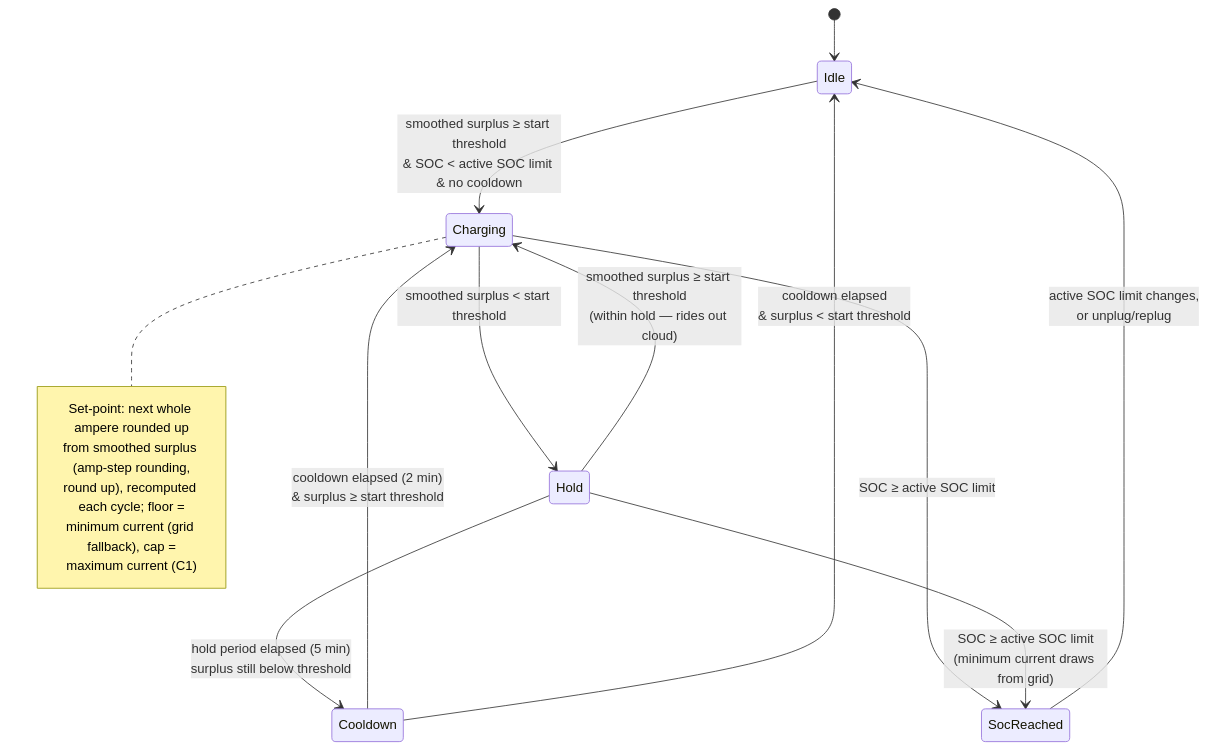
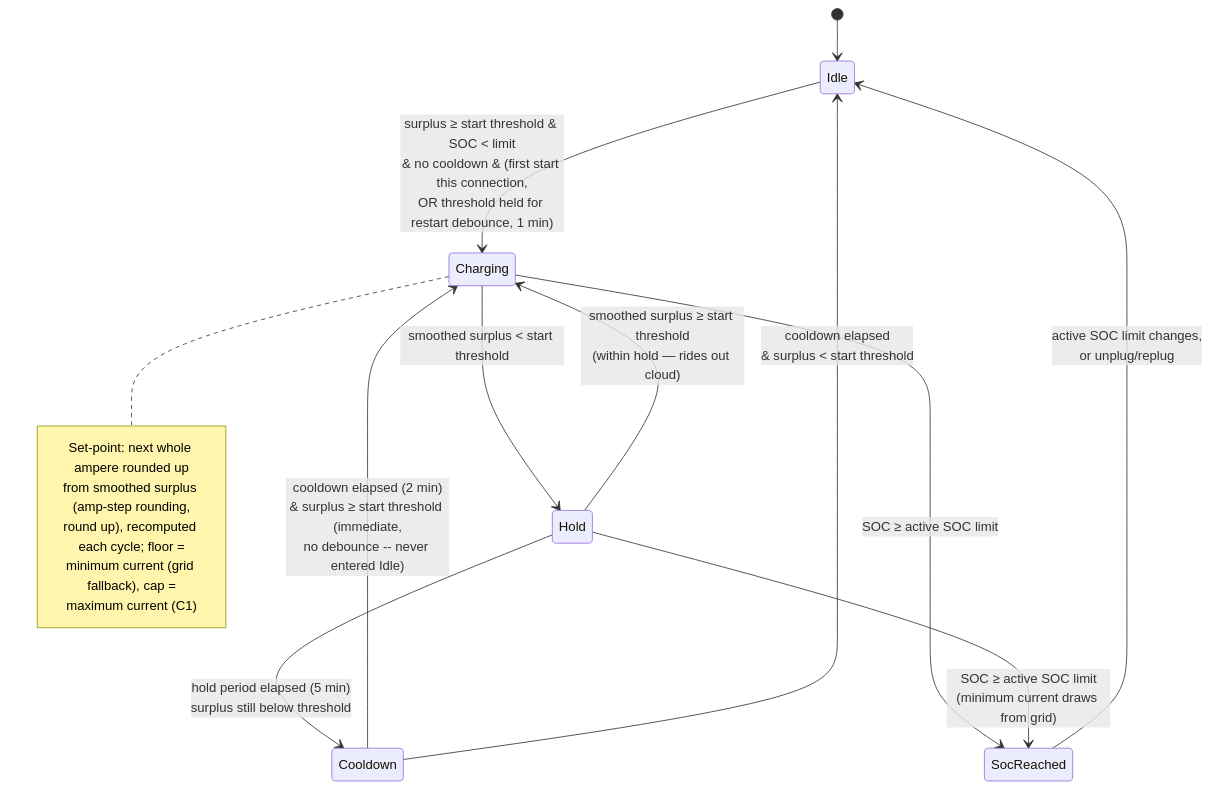
The diagram in docs/analysis/use-cases/UC01-charge-from-solar-surplus.md (kristofdegrave/homeassistant-smart-charging), drawn with Mermaid before and after one commit. The commit also changed other lines of this file and 8 other files, not shown here.

````diff
--- a/docs/analysis/use-cases/UC01-charge-from-solar-surplus.md
+++ b/docs/analysis/use-cases/UC01-charge-from-solar-surplus.md
@@ -101,20 +120,20 @@
 ```mermaid
 stateDiagram-v2
     [*] --> Idle
-    Idle --> Charging: smoothed surplus ≥ start threshold<br/>& SOC < active SOC limit & no cooldown
+    Idle --> Charging: surplus ≥ start threshold & SOC < limit<br/>& no cooldown & (first start this connection,<br/>OR threshold held for restart debounce, 1 min)
     Charging --> Hold: smoothed surplus < start threshold
     Hold --> Charging: smoothed surplus ≥ start threshold<br/>(within hold — rides out cloud)
     Hold --> Cooldown: hold period elapsed (5 min)<br/>surplus still below threshold
     Charging --> SocReached: SOC ≥ active SOC limit
     Hold --> SocReached: SOC ≥ active SOC limit<br/>(minimum current draws from grid)
-    Cooldown --> Charging: cooldown elapsed (2 min)<br/>& surplus ≥ start threshold
+    Cooldown --> Charging: cooldown elapsed (2 min)<br/>& surplus ≥ start threshold (immediate,<br/>no debounce -- never entered Idle)
     Cooldown --> Idle: cooldown elapsed<br/>& surplus < start threshold
     SocReached --> Idle: active SOC limit changes,<br/>or unplug/replug
     note right of Charging
         Set-point: next whole ampere rounded up
         from smoothed surplus (amp-step rounding,
         round up), recomputed each cycle; floor =
         minimum current (grid fallback), cap =
         maximum current (C1)
     end note
 ```
````
